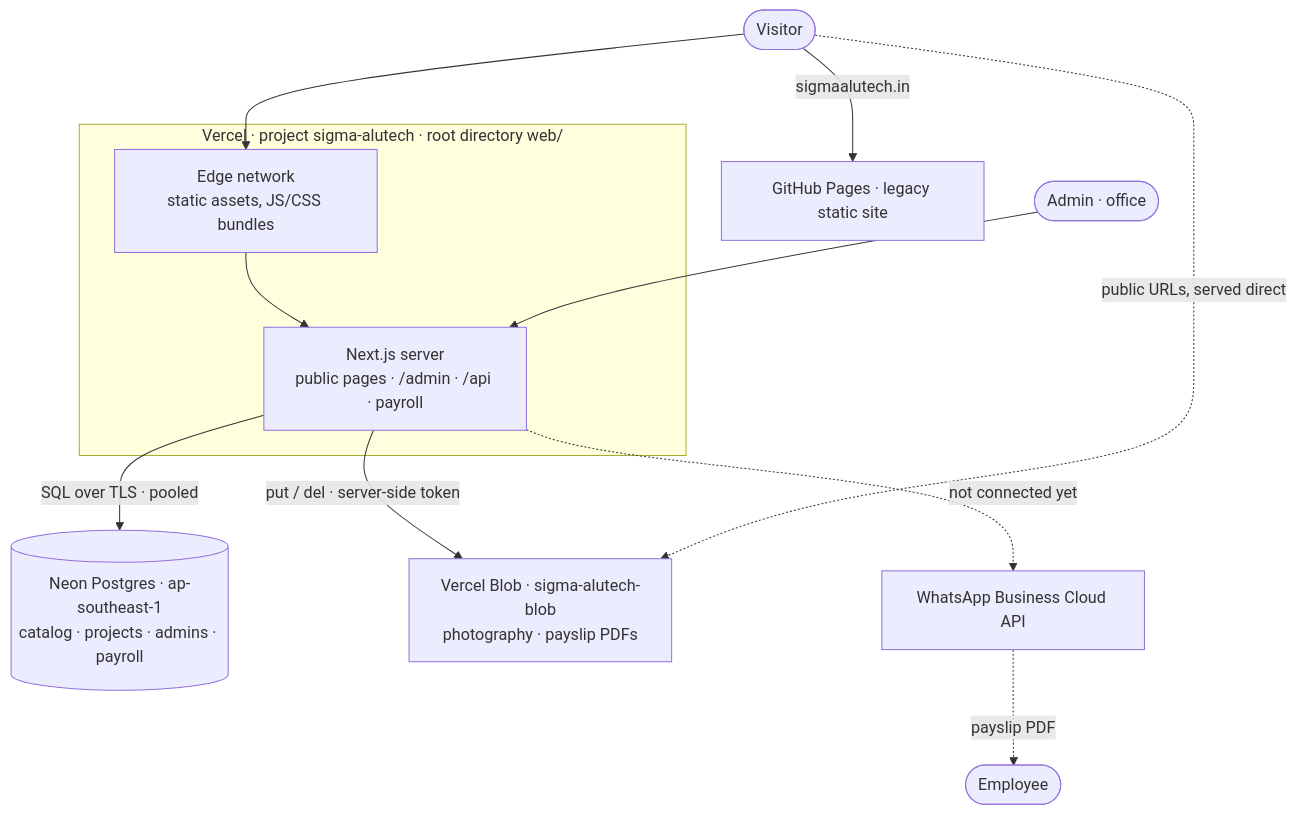
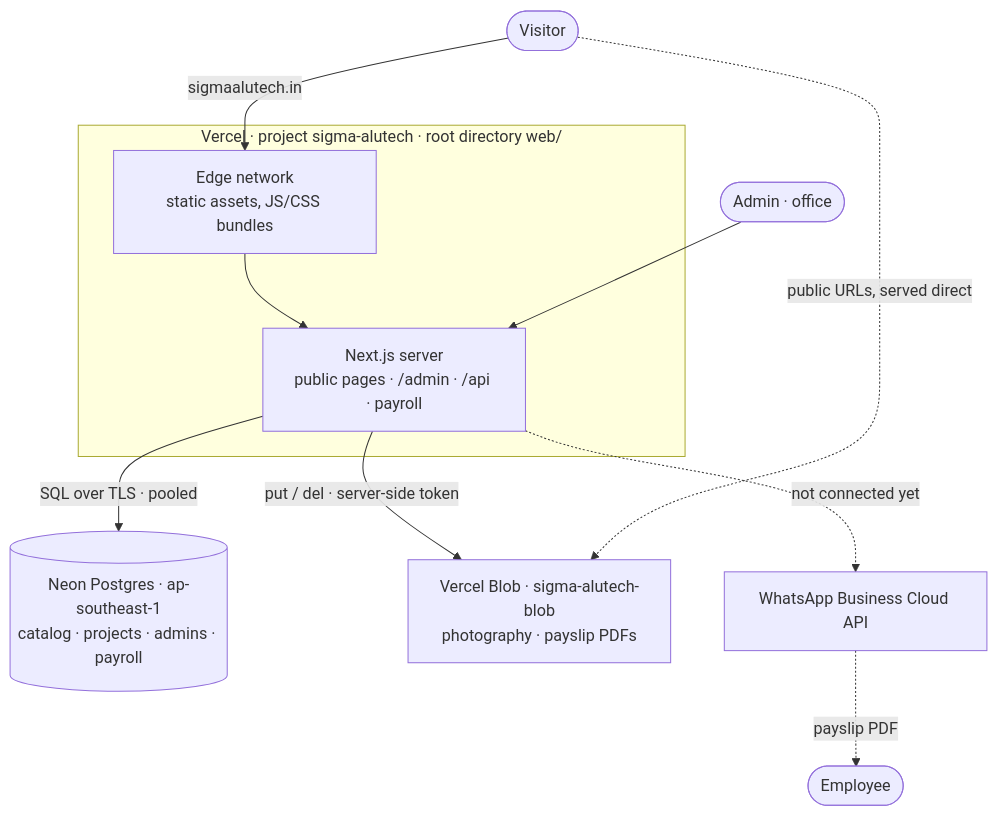
The diagram in README.md (crazycoder22/sigma-alutech), drawn with Mermaid before and after one commit. The commit also changed other lines of this file and 2 other files, not shown here.

First line of the commit message:
Record the domain cutover: sigmaalutech.in now serves the app

````diff
--- a/README.md
+++ b/README.md
@@ -26,24 +26,22 @@
 ```mermaid
 flowchart TB
   visitor([Visitor])
   owner([Admin · office])
   staff([Employee])
 
   subgraph vercel["Vercel · project sigma-alutech · root directory web/"]
     edge["Edge network<br/>static assets, JS/CSS bundles"]
     fn["Next.js server<br/>public pages · /admin · /api · payroll"]
     edge --> fn
   end
 
-  visitor --> edge
+  visitor -->|"sigmaalutech.in"| edge
   owner --> fn
 
   fn -->|"SQL over TLS · pooled"| neon[("Neon Postgres · ap-southeast-1<br/>catalog · projects · admins · payroll")]
   fn -->|"put / del · server-side token"| blob["Vercel Blob · sigma-alutech-blob<br/>photography · payslip PDFs"]
   visitor -.->|"public URLs, served direct"| blob
   fn -. "not connected yet" .-> wa["WhatsApp Business Cloud API"]
   wa -. "payslip PDF" .-> staff
 
-  legacy["GitHub Pages · legacy static site"]
-  visitor -->|"sigmaalutech.in"| legacy
 ```
````
